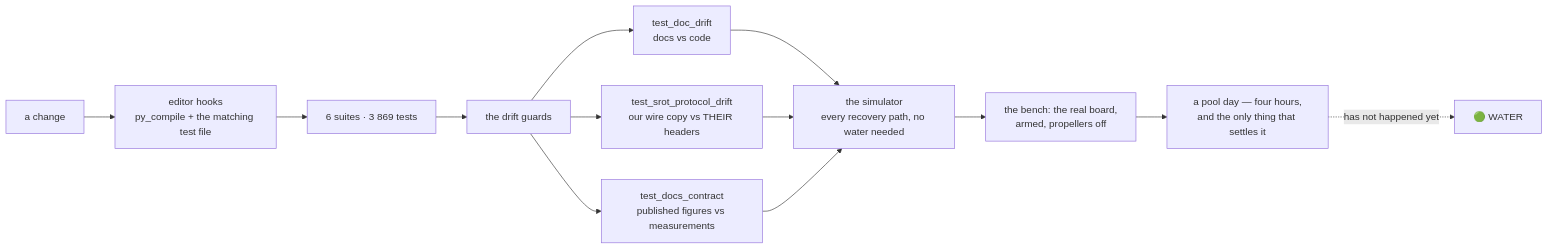
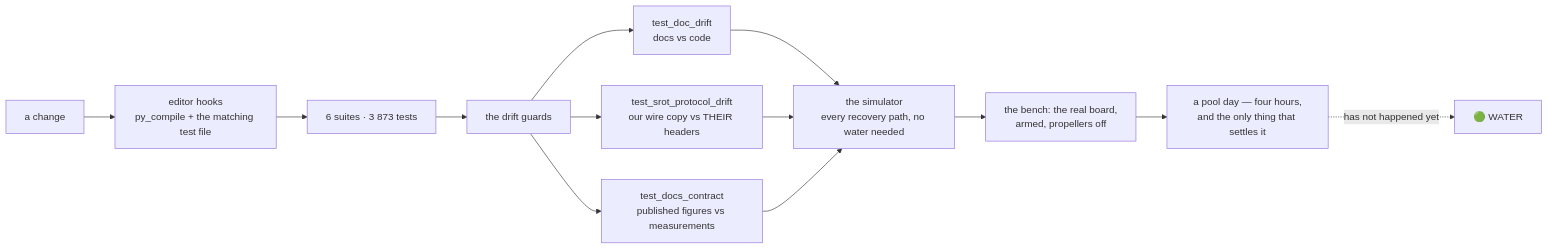
Before and after one commit to fh1m/mongla_ws: the ninth of 10 diagrams in README.md, drawn with Mermaid. The commit also changed other lines of this file and 3 other files, not shown here.

````diff
--- a/README.md
+++ b/README.md
@@ -752,15 +752,15 @@
 ```mermaid
 flowchart LR
     DEV["a change"] --> HOOK["editor hooks<br/>py_compile + the matching test file"]
-    HOOK --> UNIT["6 suites · 3 869 tests"]
+    HOOK --> UNIT["6 suites · 3 873 tests"]
     UNIT --> GUARD["the drift guards"]
     GUARD --> G1["test_doc_drift<br/>docs vs code"]
     GUARD --> G2["test_srot_protocol_drift<br/>our wire copy vs THEIR headers"]
     GUARD --> G3["test_docs_contract<br/>published figures vs measurements"]
     G1 --> SIM["the simulator<br/>every recovery path, no water needed"]
     G2 --> SIM
     G3 --> SIM
     SIM --> BENCH["the bench: the real board,<br/>armed, propellers off"]
     BENCH --> POOL["a pool day — four hours,<br/>and the only thing that settles it"]
     POOL -.->|"has not happened yet"| WATER["🟢 WATER"]
 ```
````
